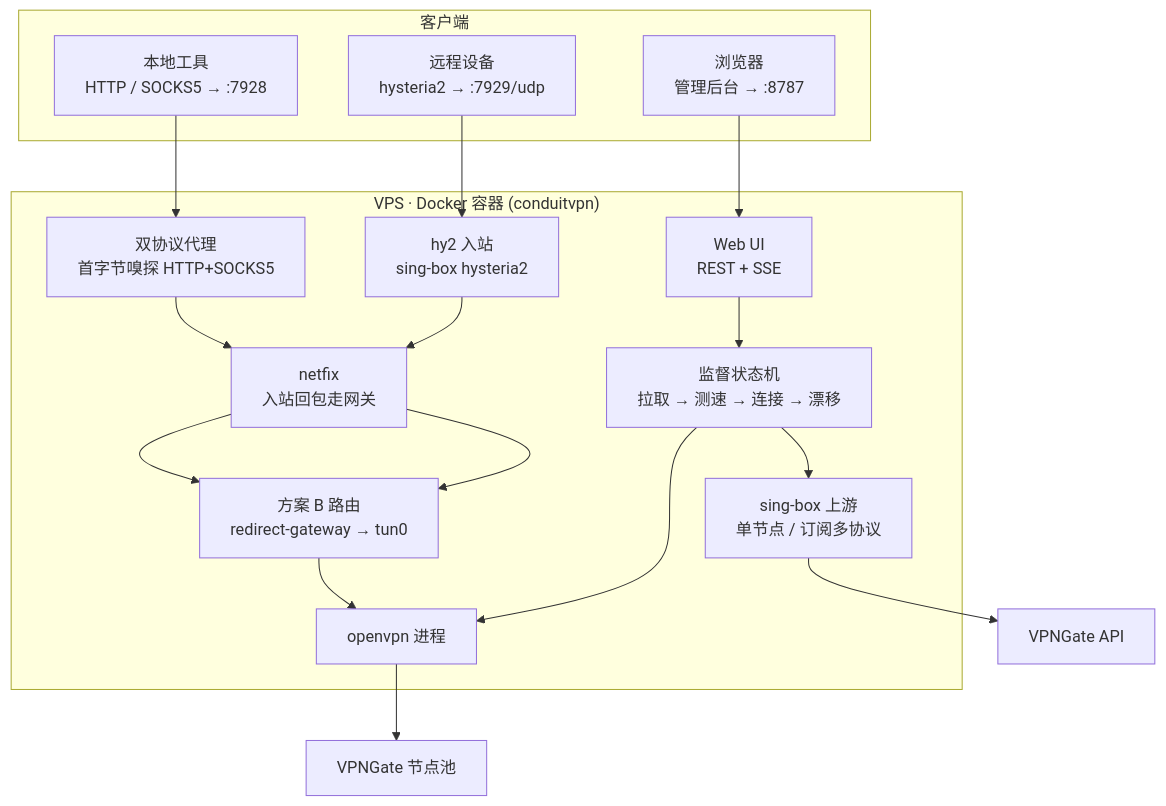
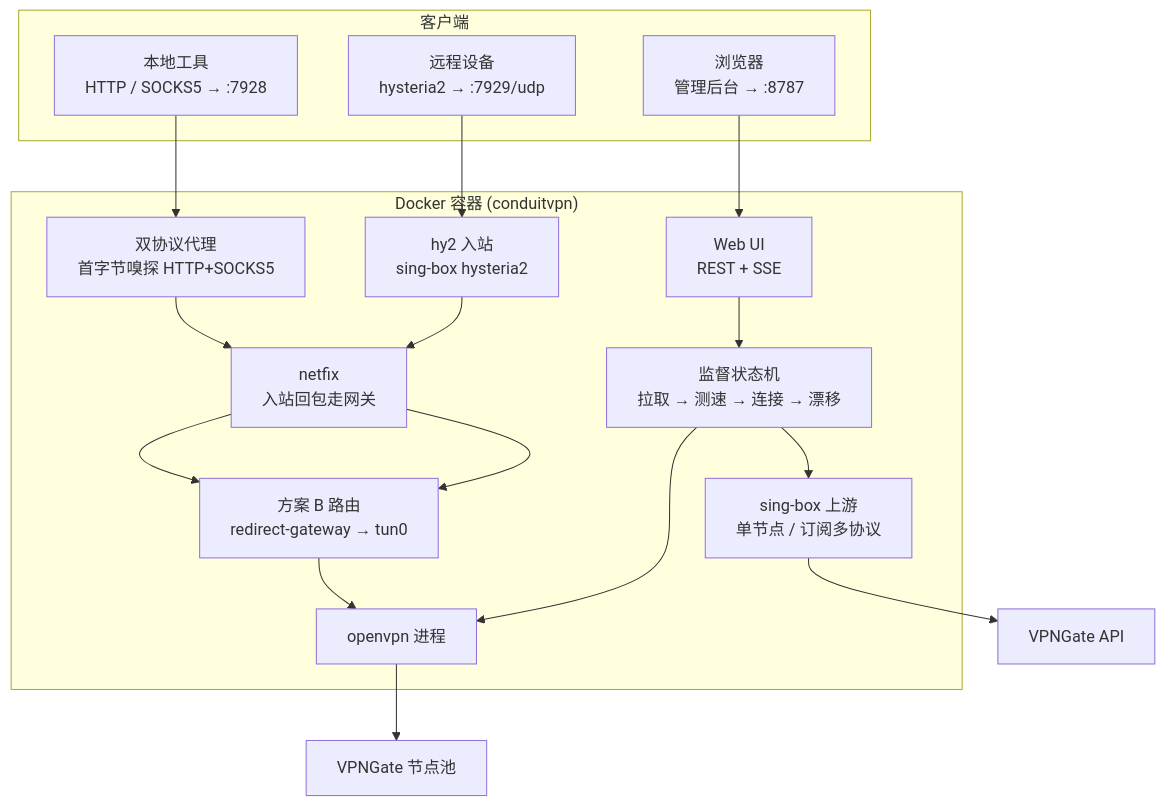
Before and after one commit to lazzman/conduitvpn: the first of 2 diagrams in README.md, drawn with Mermaid. The commit also changed other lines of this file and 23 other files, not shown here.

````diff
--- a/README.md
+++ b/README.md
@@ -25,28 +27,28 @@
 ```mermaid
 flowchart TB
     subgraph CLIENT["客户端"]
         L1["本地工具<br/>HTTP / SOCKS5 → :7928"]
         L2["远程设备<br/>hysteria2 → :7929/udp"]
         L3["浏览器<br/>管理后台 → :8787"]
     end
 
-    subgraph VPS["VPS · Docker 容器 (conduitvpn)"]
+    subgraph VPS["Docker 容器 (conduitvpn)"]
         P["双协议代理<br/>首字节嗅探 HTTP+SOCKS5"]
         H["hy2 入站<br/>sing-box hysteria2"]
         T["方案 B 路由<br/>redirect-gateway → tun0"]
         OV["openvpn 进程"]
         M["监督状态机<br/>拉取 → 测速 → 连接 → 漂移"]
         SB["sing-box 上游<br/>单节点 / 订阅多协议"]
         W["Web UI<br/>REST + SSE"]
         NF["netfix<br/>入站回包走网关"]
     end
 
     API["VPNGate API"]
     NODES["VPNGate 节点池"]
 
     L1 --> P --> NF --> T --> OV --> NODES
     L2 --> H --> NF --> T
     L3 --> W --> M
     M --> SB --> API
     M --> OV
 ```
````
